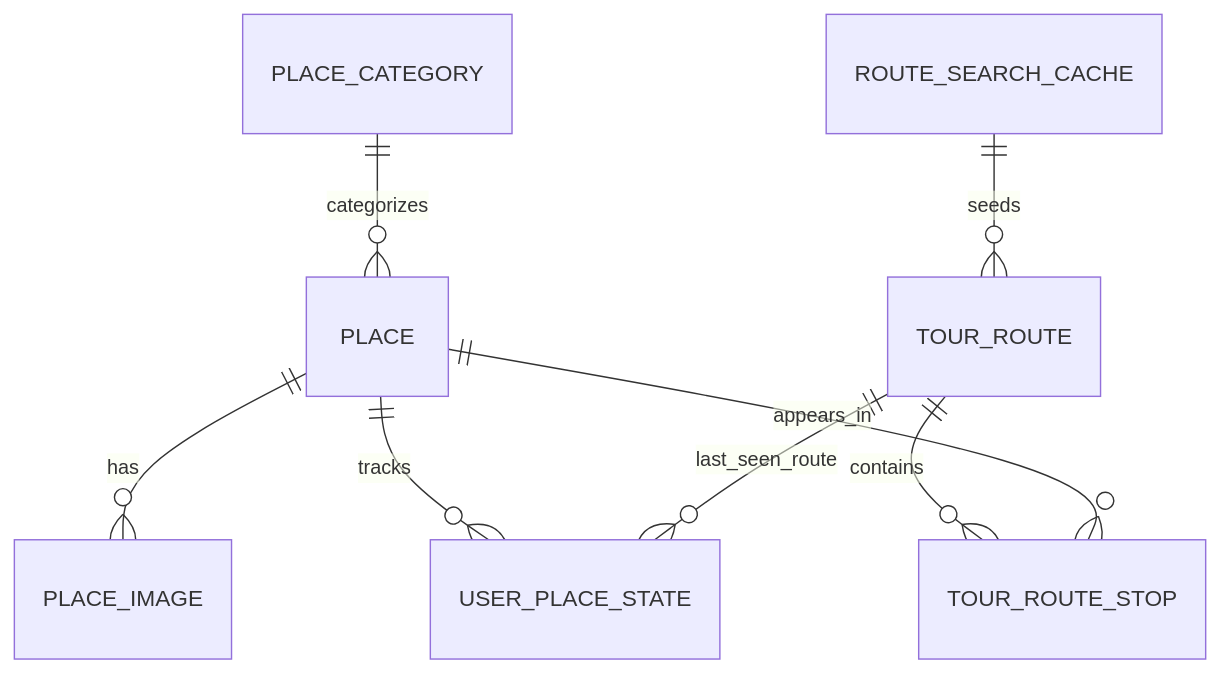
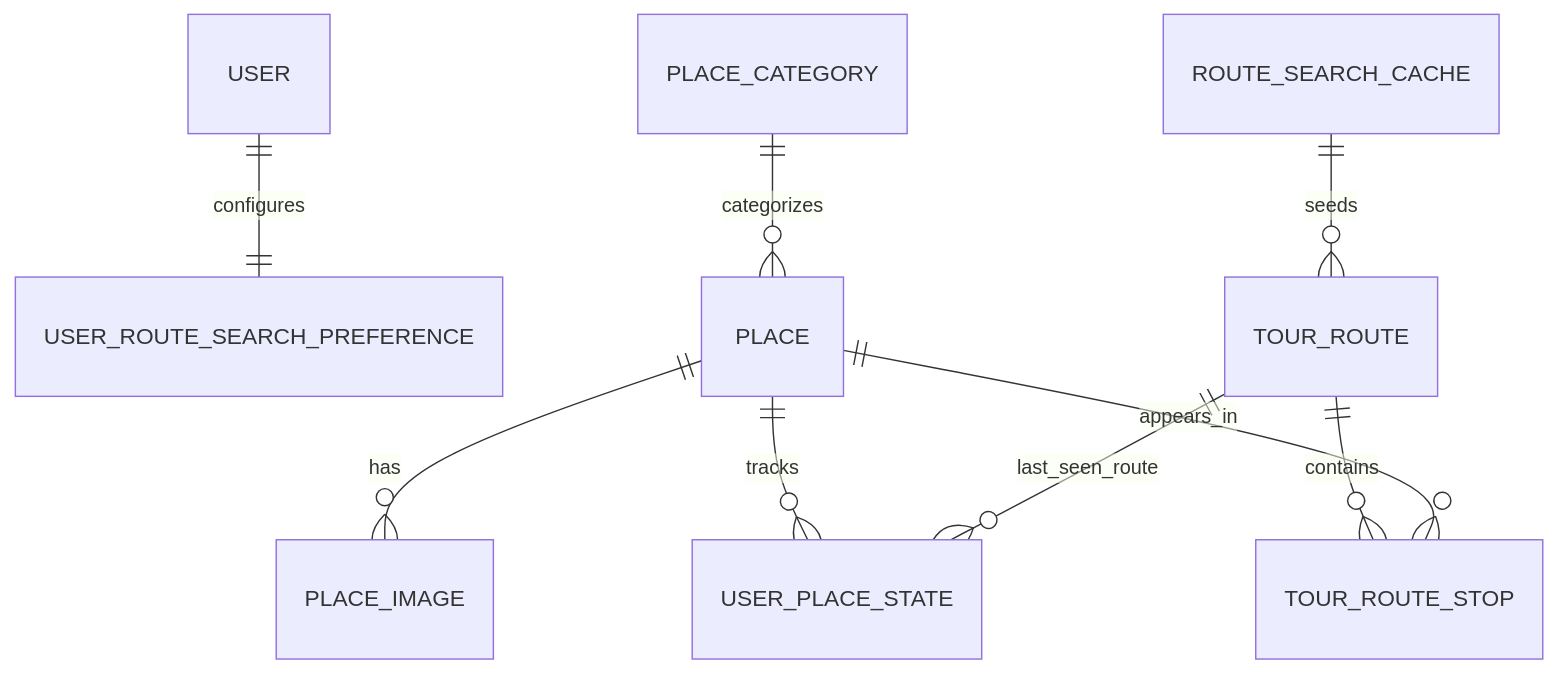
The second of 2 diagrams in README.md (Portugol-Devoteers/explora-plus-backend), drawn with Mermaid before and after one commit. The commit also changed other lines of this file and 17 other files, not shown here.

````diff
--- a/README.md
+++ b/README.md
@@ -151,10 +153,11 @@
 ```mermaid
 erDiagram
+    USER ||--|| USER_ROUTE_SEARCH_PREFERENCE : configures
     PLACE_CATEGORY ||--o{ PLACE : categorizes
     PLACE ||--o{ PLACE_IMAGE : has
     PLACE ||--o{ USER_PLACE_STATE : tracks
     TOUR_ROUTE ||--o{ TOUR_ROUTE_STOP : contains
     PLACE ||--o{ TOUR_ROUTE_STOP : appears_in
     ROUTE_SEARCH_CACHE ||--o{ TOUR_ROUTE : seeds
     TOUR_ROUTE ||--o{ USER_PLACE_STATE : last_seen_route
 ```
````
